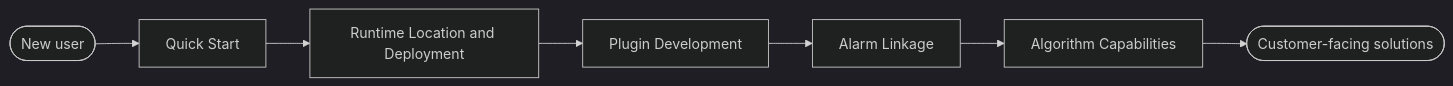
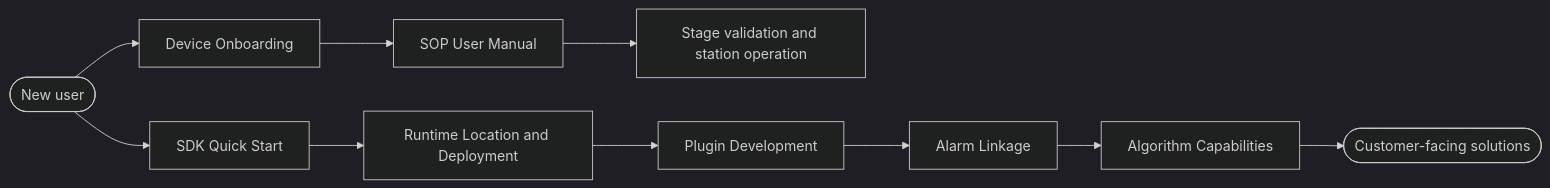
The second of 2 diagrams in docs/en/index.md (JinsonicAi/jinsonic-ai-sdk), drawn with Mermaid (dark theme) before and after one commit. The commit also changed other lines of this file and 17 other files, not shown here.

````diff
--- a/docs/en/index.md
+++ b/docs/en/index.md
@@ -137,9 +161,12 @@
 ```mermaid
 flowchart LR
-    S([New user]) --> Q[Quick Start]
+    S([New user]) --> U[Device Onboarding]
+    U --> W[SOP User Manual]
+    W --> V[Stage validation and station operation]
+    S --> Q[SDK Quick Start]
     Q --> R[Runtime Location and Deployment]
     R --> P[Plugin Development]
     P --> A[Alarm Linkage]
     A --> C[Algorithm Capabilities]
     C --> E([Customer-facing solutions])
 ```
````
